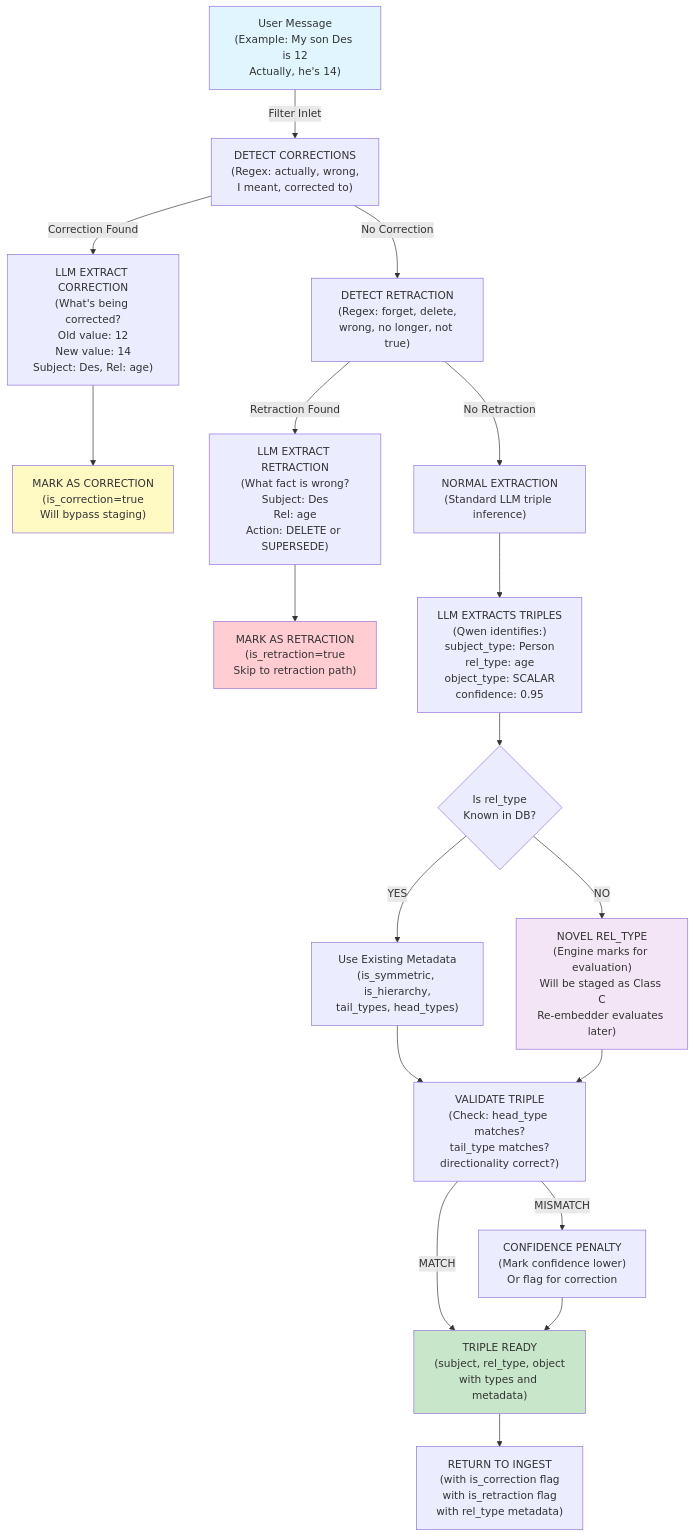
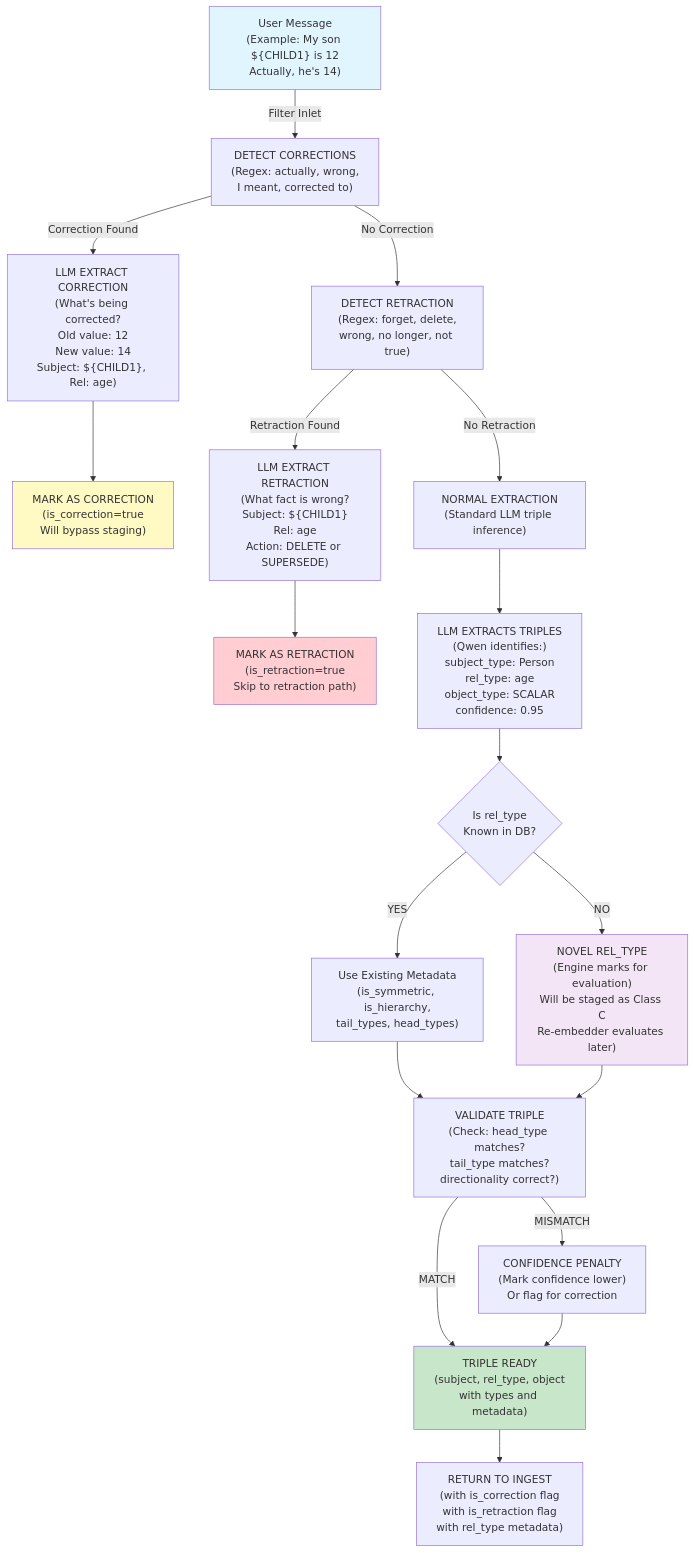
Before and after one commit to tkalevra/FaultLine: the first of 3 diagrams in docs/FLOWCHARTS-INGEST-RECALL.md, drawn with Mermaid. The commit also changed other lines of this file and 128 other files, not shown here.

````diff
--- a/docs/FLOWCHARTS-INGEST-RECALL.md
+++ b/docs/FLOWCHARTS-INGEST-RECALL.md
@@ -11,42 +11,42 @@
 ```mermaid
 graph TD
-    A["User Message<br/>(Example: My son Des is 12<br/>Actually, he's 14)"] -->|Filter Inlet| B["DETECT CORRECTIONS<br/>(Regex: actually, wrong,<br/>I meant, corrected to)"]
+    A["User Message<br/>(Example: My son ${CHILD1} is 12<br/>Actually, he's 14)"] -->|Filter Inlet| B["DETECT CORRECTIONS<br/>(Regex: actually, wrong,<br/>I meant, corrected to)"]
     
-    B -->|Correction Found| C["LLM EXTRACT CORRECTION<br/>(What's being corrected?<br/>Old value: 12<br/>New value: 14<br/>Subject: Des, Rel: age)"]
+    B -->|Correction Found| C["LLM EXTRACT CORRECTION<br/>(What's being corrected?<br/>Old value: 12<br/>New value: 14<br/>Subject: ${CHILD1}, Rel: age)"]
     
     C --> D["MARK AS CORRECTION<br/>(is_correction=true<br/>Will bypass staging)"]
     
     B -->|No Correction| E["DETECT RETRACTION<br/>(Regex: forget, delete,<br/>wrong, no longer, not true)"]
     
-    E -->|Retraction Found| F["LLM EXTRACT RETRACTION<br/>(What fact is wrong?<br/>Subject: Des<br/>Rel: age<br/>Action: DELETE or SUPERSEDE)"]
+    E -->|Retraction Found| F["LLM EXTRACT RETRACTION<br/>(What fact is wrong?<br/>Subject: ${CHILD1}<br/>Rel: age<br/>Action: DELETE or SUPERSEDE)"]
     
     F --> G["MARK AS RETRACTION<br/>(is_retraction=true<br/>Skip to retraction path)"]
     
     E -->|No Retraction| H["NORMAL EXTRACTION<br/>(Standard LLM triple inference)"]
     
     H --> I["LLM EXTRACTS TRIPLES<br/>(Qwen identifies:)<br/>subject_type: Person<br/>rel_type: age<br/>object_type: SCALAR<br/>confidence: 0.95"]
     
     I --> J{Is rel_type<br/>Known in DB?}
     
     J -->|YES| K["Use Existing Metadata<br/>(is_symmetric, is_hierarchy,<br/>tail_types, head_types)"]
     
     J -->|NO| L["NOVEL REL_TYPE<br/>(Engine marks for evaluation)<br/>Will be staged as Class C<br/>Re-embedder evaluates later)"]
     
     K --> M["VALIDATE TRIPLE<br/>(Check: head_type matches?<br/>tail_type matches?<br/>directionality correct?)"]
     
     L --> M
     
     M -->|MISMATCH| N["CONFIDENCE PENALTY<br/>(Mark confidence lower)<br/>Or flag for correction"]
     
     M -->|MATCH| O["TRIPLE READY<br/>(subject, rel_type, object<br/>with types and metadata)"]
     
     N --> O
     
     O --> P["RETURN TO INGEST<br/>(with is_correction flag<br/>with is_retraction flag<br/>with rel_type metadata)"]
     
     style A fill:#e1f5ff
     style D fill:#fff9c4
     style G fill:#ffcdd2
     style L fill:#f3e5f5
     style O fill:#c8e6c9
 ```
````
